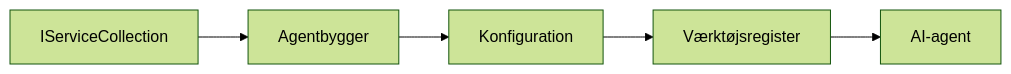
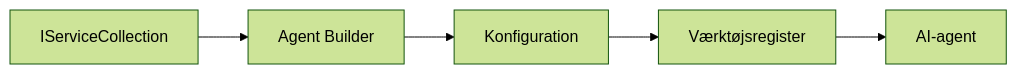
The diagram in translations/da/03-agentic-design-patterns/code_samples/03-dotnet-agent-framework.md (venturemavenwill/azureaifundamentals), drawn with Mermaid (forest theme) before and after one commit. The commit also changed other lines of this file and 2002 other files, not shown here.

````diff
--- a/translations/da/03-agentic-design-patterns/code_samples/03-dotnet-agent-framework.md
+++ b/translations/da/03-agentic-design-patterns/code_samples/03-dotnet-agent-framework.md
@@ -41,7 +41,7 @@
 ```mermaid
 graph LR
-    A[IServiceCollection] --> B[Agentbygger]
+    A[IServiceCollection] --> B[Agent Builder]
     B --> C[Konfiguration]
     C --> D[Værktøjsregister]
     D --> E[AI-agent]
 ```
````
